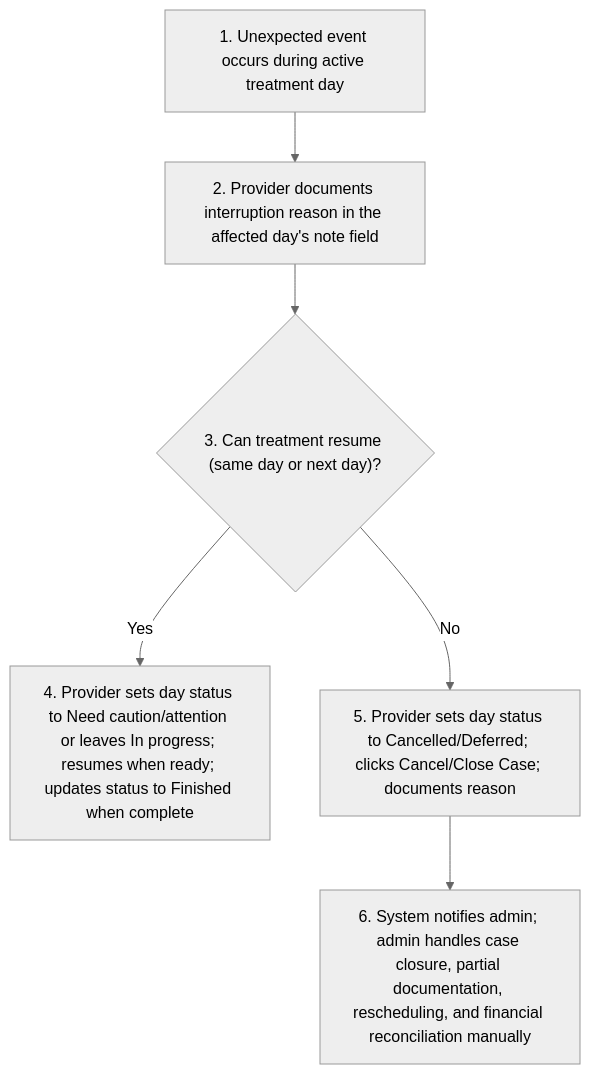
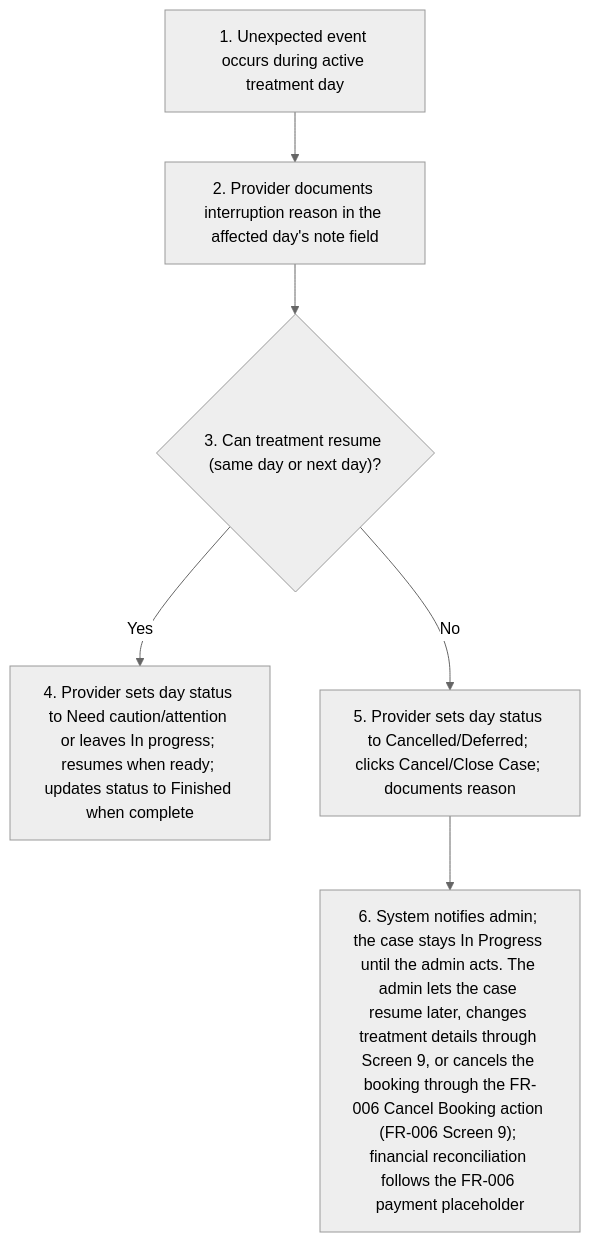
The sixth of 9 diagrams in project-requirements/functional-requirements/fr010-treatment-execution/prd.md (joachimtrungtuan/hairline-pm-docs), drawn with Mermaid (neutral theme) before and after one commit. The commit also changed other lines of this file and 13 other files, not shown here.

First line of the commit message:
docs(booking): add admin intervention flows and screens across booking FRs

````diff
--- a/project-requirements/functional-requirements/fr010-treatment-execution/prd.md
+++ b/project-requirements/functional-requirements/fr010-treatment-execution/prd.md
@@ -198,9 +198,9 @@
 ```mermaid
 flowchart TD
   B3S1["1. Unexpected event occurs during active treatment day"] --> B3S2
   B3S2["2. Provider documents interruption reason in the affected day's note field"] --> B3S3
   B3S3{"3. Can treatment resume (same day or next day)?"}
   B3S3 -- Yes --> B3S4["4. Provider sets day status to Need caution/attention or leaves In progress; resumes when ready; updates status to Finished when complete"]
   B3S3 -- No --> B3S5["5. Provider sets day status to Cancelled/Deferred; clicks Cancel/Close Case; documents reason"]
-  B3S5 --> B3S6["6. System notifies admin; admin handles case closure, partial documentation, rescheduling, and financial reconciliation manually"]
+  B3S5 --> B3S6["6. System notifies admin; the case stays In Progress until the admin acts. The admin lets the case resume later, changes treatment details through Screen 9, or cancels the booking through the FR-006 Cancel Booking action (FR-006 Screen 9); financial reconciliation follows the FR-006 payment placeholder"]
 ```
````
